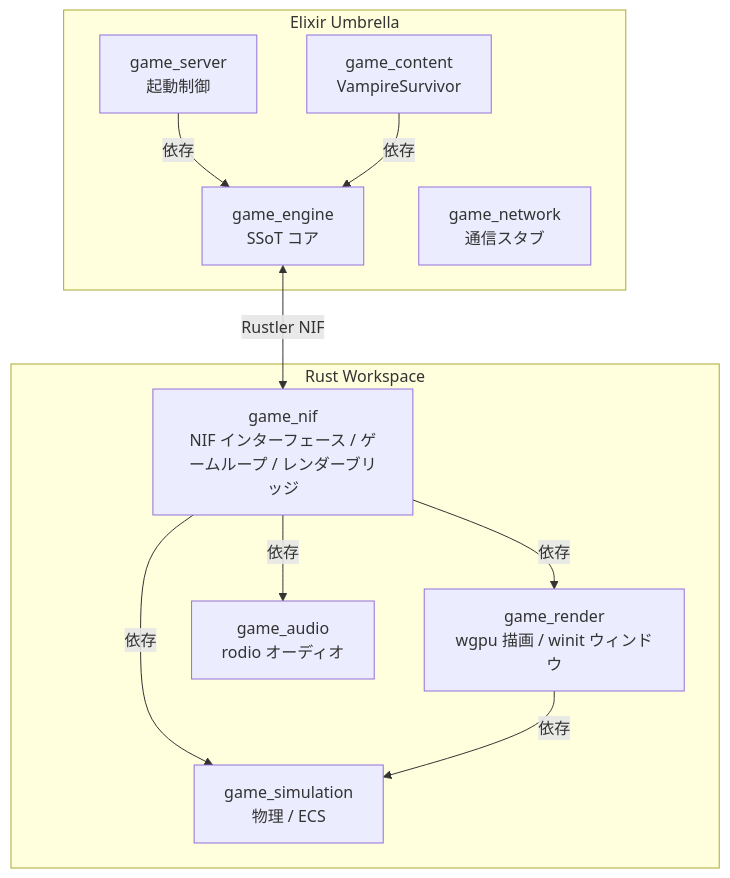
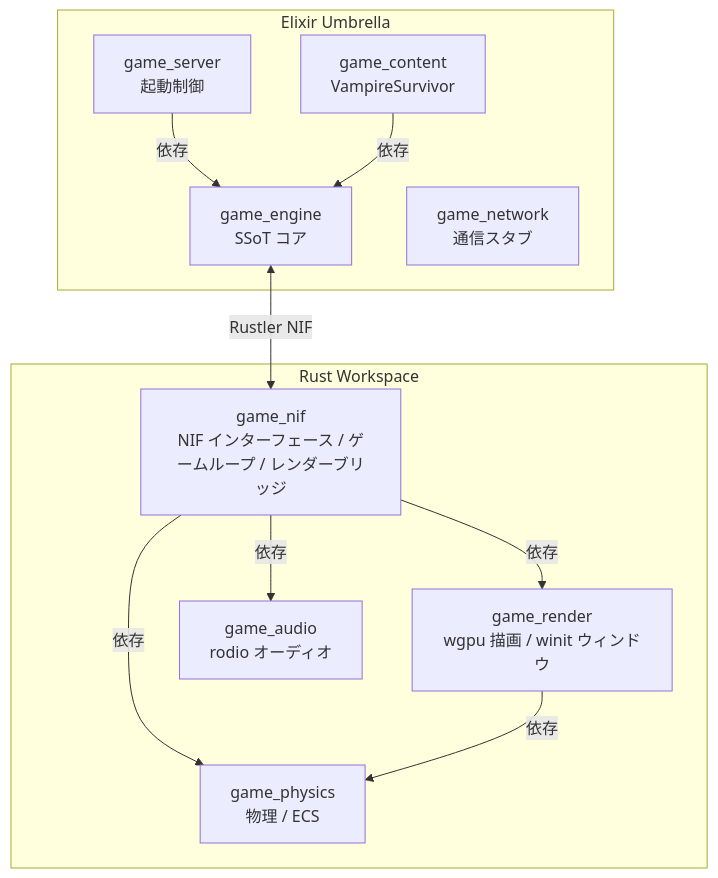
Before and after one commit to FRICK-ELDY/alchemy-engine: the first of 4 diagrams in docs/architecture-overview.md, drawn with Mermaid. The commit also changed other lines of this file and 56 other files, not shown here.

Commit message:
refactor: rename game_simulation crate to game_physics

````diff
--- a/docs/architecture-overview.md
+++ b/docs/architecture-overview.md
@@ -14,24 +14,24 @@
 ```mermaid
 graph TB
     subgraph Elixir["Elixir Umbrella"]
         GS[game_server<br/>起動制御]
         GE[game_engine<br/>SSoT コア]
         GC[game_content<br/>VampireSurvivor]
         GN[game_network<br/>通信スタブ]
         GS -->|依存| GE
         GC -->|依存| GE
     end
 
     GE <-->|Rustler NIF| GNIF
 
     subgraph Rust["Rust Workspace"]
         GNIF[game_nif<br/>NIF インターフェース / ゲームループ / レンダーブリッジ]
-        GSIM[game_simulation<br/>物理 / ECS]
+        GSIM[game_physics<br/>物理 / ECS]
         GRENDER[game_render<br/>wgpu 描画 / winit ウィンドウ]
         GAUDIO[game_audio<br/>rodio オーディオ]
         GNIF -->|依存| GSIM
         GNIF -->|依存| GRENDER
         GNIF -->|依存| GAUDIO
         GRENDER -->|依存| GSIM
     end
 ```
````
